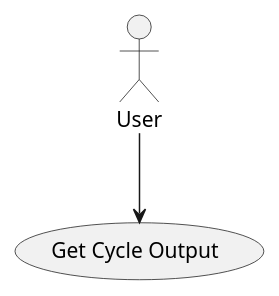
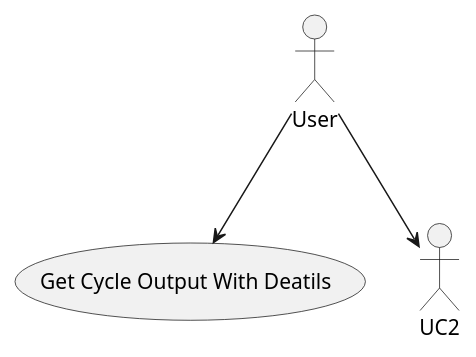
Before and after one commit to kuriataz/traffic-lights: the diagram in docs/use_case_diagram.puml, drawn with PlantUML. The commit also changed 19 other files, not shown here.

```diff
--- a/docs/use_case_diagram.puml
+++ b/docs/use_case_diagram.puml
@@ -1,9 +1,11 @@
 @startuml uc_traffic_lights
 
 actor User
 
 usecase "Get Cycle Output" as UC1
+usecase "Get Cycle Output With Deatils" as UC1
 
 User --> UC1
+User --> UC2
 
 @enduml
```
